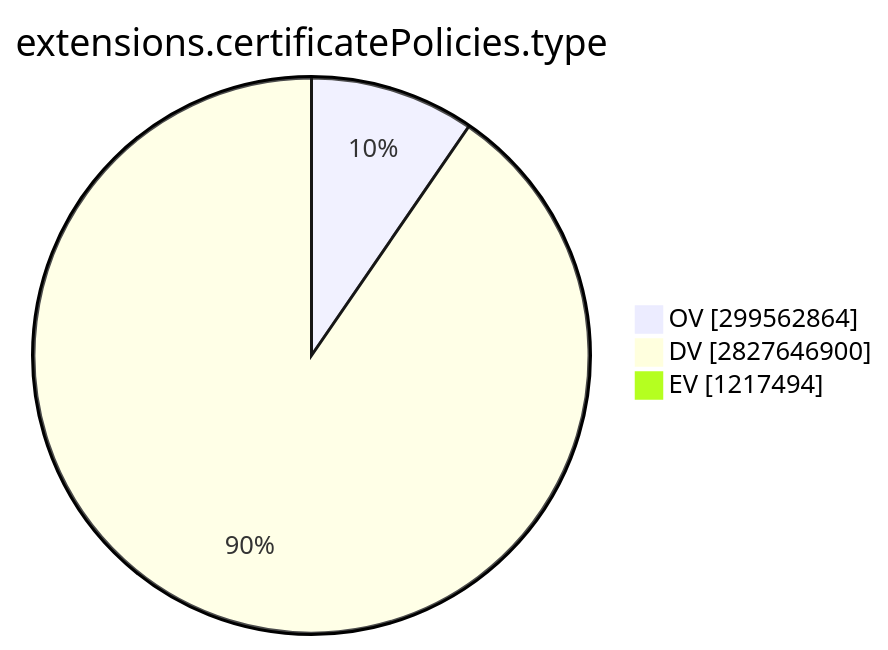
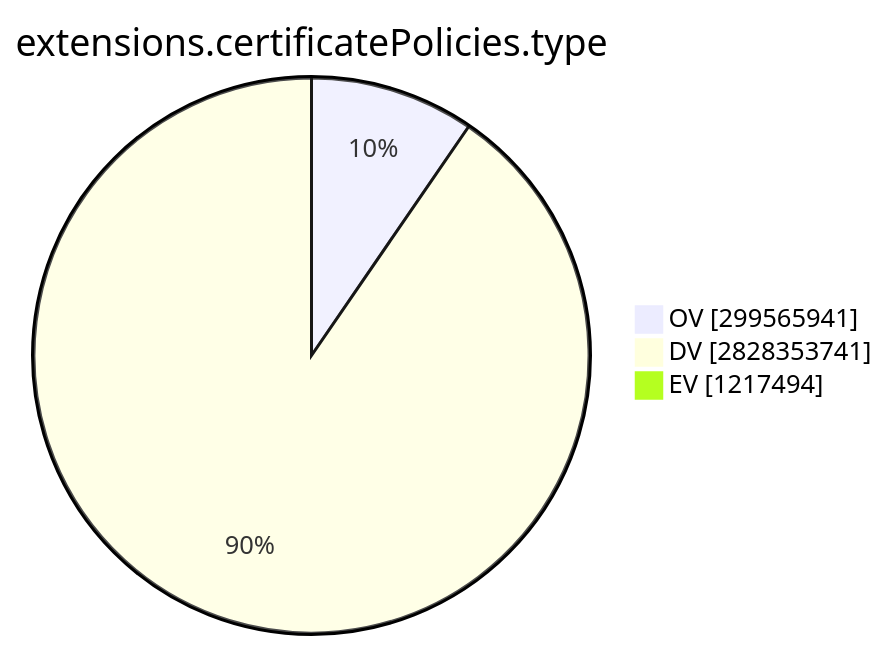
One commit to christiankrug/ctmonitor_visualization changed the ninth of 15 diagrams in TOTAL/README.md. Above: the diagram before and after it, drawn with Mermaid. The commit also changed other lines of this file, not shown here.

````diff
--- a/TOTAL/README.md
+++ b/TOTAL/README.md
@@ -3101,7 +3101,7 @@
 ```mermaid
 pie showData
 title extensions.certificatePolicies.type
-"OV" :299562864
-"DV" :2827646900
+"OV" :299565941
+"DV" :2828353741
 "EV" :1217494
 ```
````
